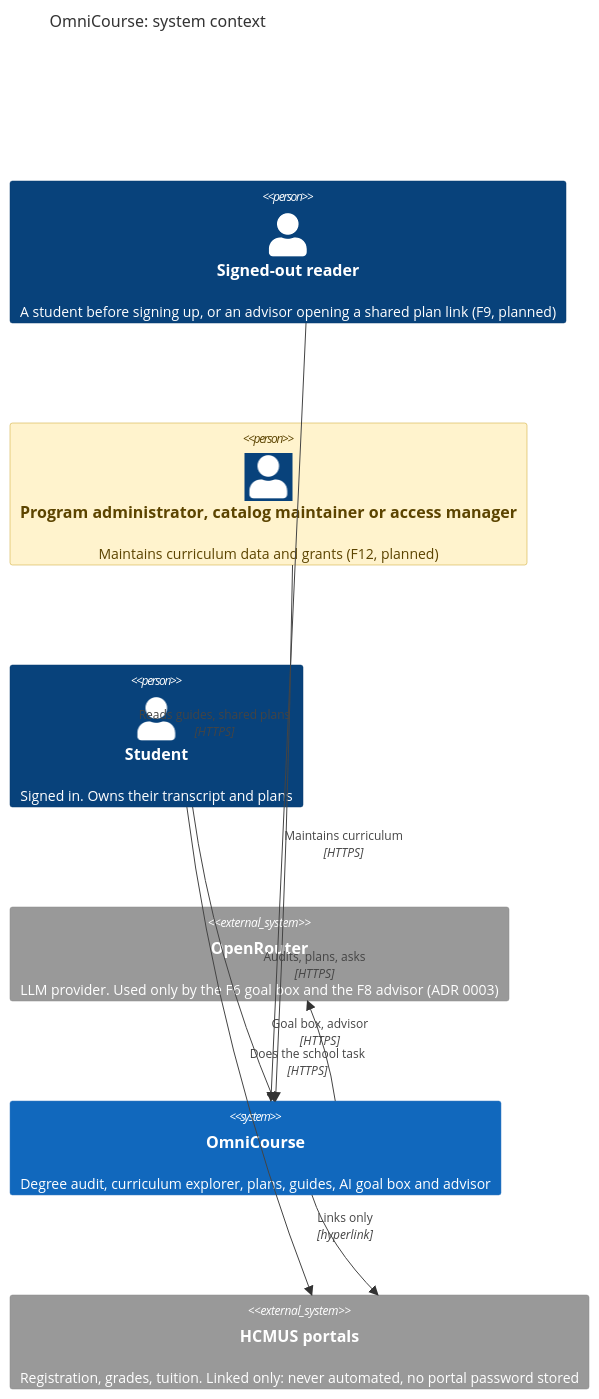
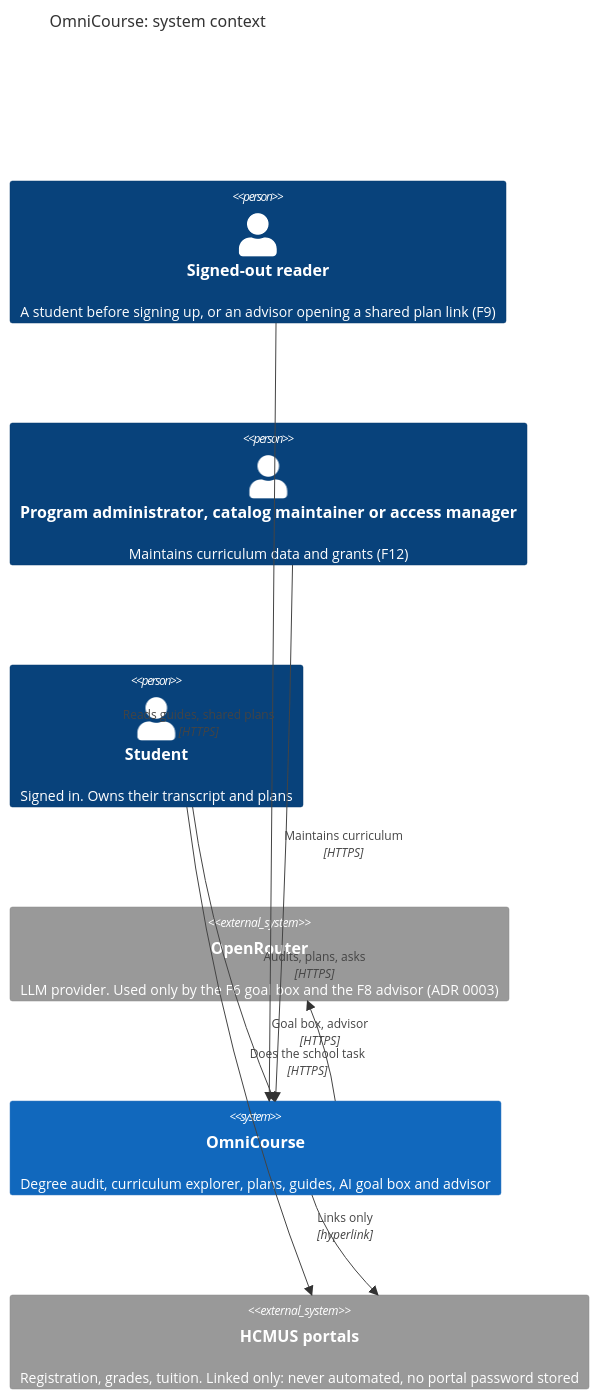
The first of 3 diagrams in docs/analysis-and-design/architecture.md (LLaammTTeerr/omnicourses), drawn with Mermaid before and after one commit. The commit also changed other lines of this file, not shown here.

````diff
--- a/docs/analysis-and-design/architecture.md
+++ b/docs/analysis-and-design/architecture.md
@@ -28,26 +28,25 @@
 ```mermaid
 C4Context
   title OmniCourse: system context
   UpdateLayoutConfig($c4ShapeInRow="3", $c4BoundaryInRow="1")
 
-  Person(reader, "Signed-out reader", "A student before signing up, or an advisor opening a shared plan link (F9, planned)")
-  Person(staff, "Program administrator, catalog maintainer or access manager", "Maintains curriculum data and grants (F12, planned)")
+  Person(reader, "Signed-out reader", "A student before signing up, or an advisor opening a shared plan link (F9)")
+  Person(staff, "Program administrator, catalog maintainer or access manager", "Maintains curriculum data and grants (F12)")
   Person(student, "Student", "Signed in. Owns their transcript and plans")
   System_Ext(openrouter, "OpenRouter", "LLM provider. Used only by the F6 goal box and the F8 advisor (ADR 0003)")
   System(omni, "OmniCourse", "Degree audit, curriculum explorer, plans, guides, AI goal box and advisor")
   System_Ext(portals, "HCMUS portals", "Registration, grades, tuition. Linked only: never automated, no portal password stored")
 
   Rel(reader, omni, "Reads guides, shared plans", "HTTPS")
   Rel(student, omni, "Audits, plans, asks", "HTTPS")
   Rel(student, portals, "Does the school task", "HTTPS")
   Rel(staff, omni, "Maintains curriculum", "HTTPS")
   Rel(omni, portals, "Links only", "hyperlink")
   Rel(omni, openrouter, "Goal box, advisor", "HTTPS")
 
   UpdateRelStyle(reader, omni, $offsetX="-150")
   UpdateRelStyle(student, omni, $offsetX="30")
   UpdateRelStyle(omni, openrouter, $offsetX="-50", $offsetY="-30")
   UpdateRelStyle(omni, portals, $offsetX="-28", $offsetY="-30")
 
-  UpdateElementStyle(staff, $bgColor="#fff3cd", $fontColor="#5c4400", $borderColor="#c9a227")
 ```
````
